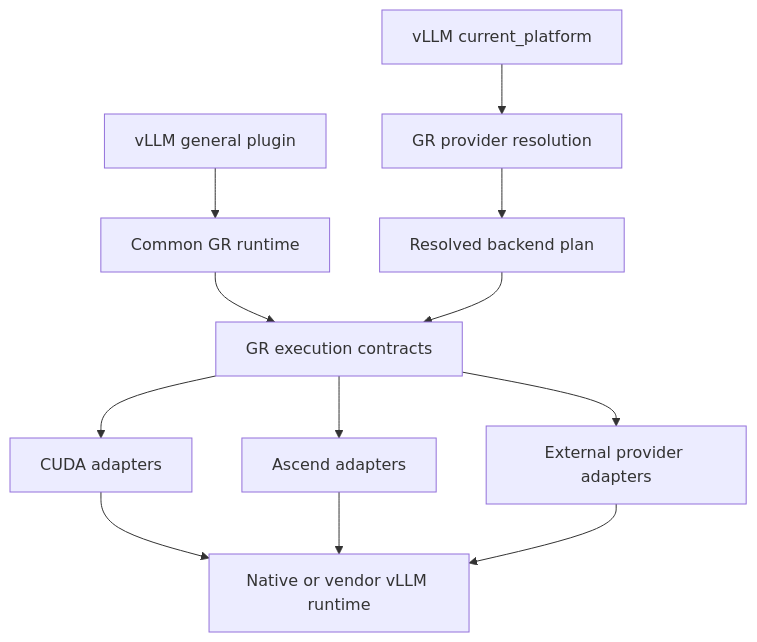
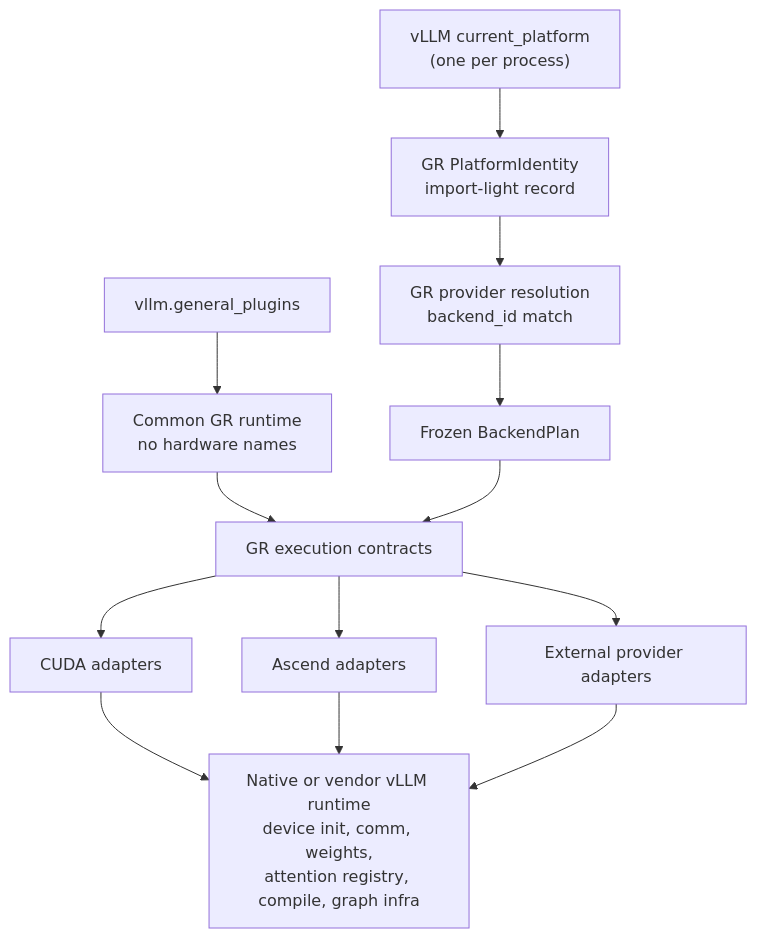
Before and after one commit to JerryTcl/vllm-gr: the first of 3 diagrams in docs/multi_backend_design.md, drawn with Mermaid. The commit also changed other lines of this file and 1 other file, not shown here.

First line of the commit message:
docs: revise multi-hardware backend proposal from review

````diff
--- a/docs/multi_backend_design.md
+++ b/docs/multi_backend_design.md
@@ -73,14 +148,15 @@
 ```mermaid
 flowchart TD
-    P["vLLM current_platform"] --> R["GR provider resolution"]
-    E["vLLM general plugin"] --> C["Common GR runtime"]
-    R --> B["Resolved backend plan"]
+    P["vLLM current_platform<br/>(one per process)"] --> ID["GR PlatformIdentity<br/>import-light record"]
+    E["vllm.general_plugins"] --> C["Common GR runtime<br/>no hardware names"]
+    ID --> R["GR provider resolution<br/>backend_id match"]
+    R --> B["Frozen BackendPlan"]
     C --> S["GR execution contracts"]
     B --> S
     S --> G["CUDA adapters"]
     S --> N["Ascend adapters"]
     S --> X["External provider adapters"]
-    G --> V["Native or vendor vLLM runtime"]
+    G --> V["Native or vendor vLLM runtime<br/>device init, comm, weights,<br/>attention registry, compile, graph infra"]
     N --> V
     X --> V
 ```
````
